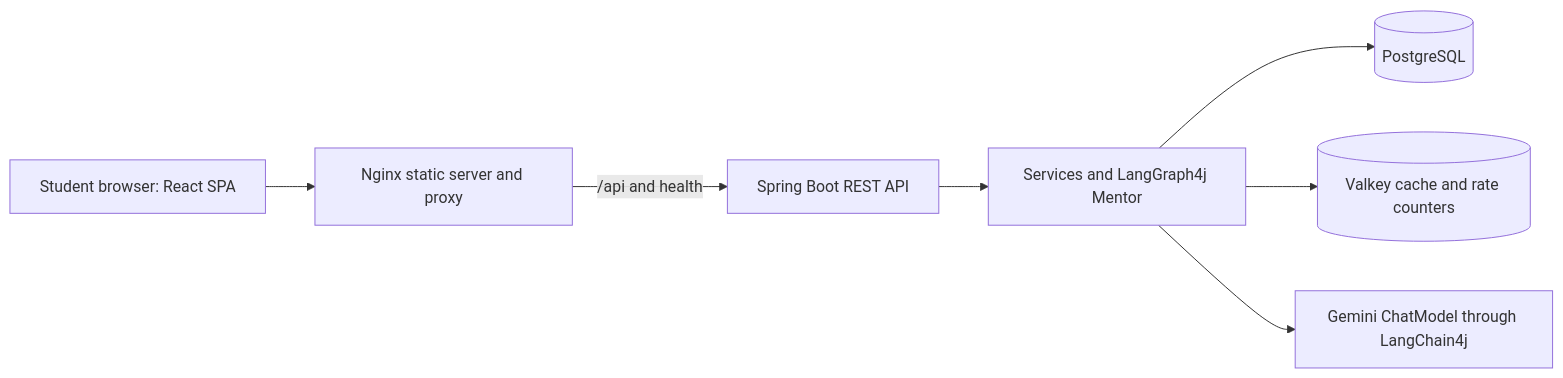
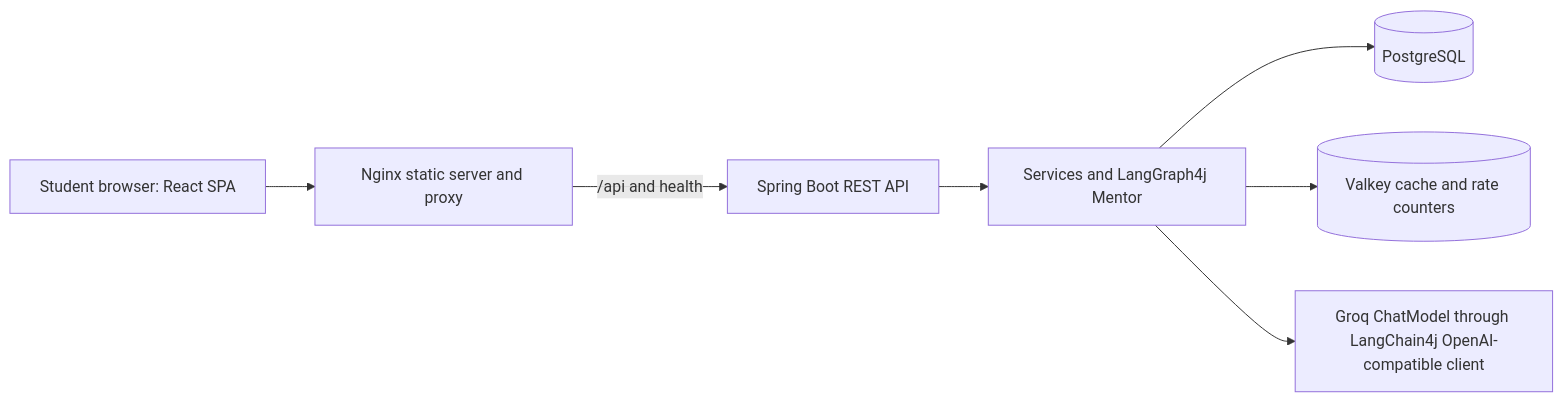
One commit to rajath88/edu-mentor changed the diagram in README.md. Above: the diagram before and after it, drawn with Mermaid. The commit also changed other lines of this file and 13 other files, not shown here.

Commit message:
Switch AI Mentor from Gemini to Groq

```diff
--- a/README.md
+++ b/README.md
@@ -33,9 +33,9 @@
 ~~~mermaid
 flowchart LR
   U[Student browser: React SPA] --> N[Nginx static server and proxy]
   N -->|/api and health| A[Spring Boot REST API]
   A --> S[Services and LangGraph4j Mentor]
   S --> P[(PostgreSQL)]
   S --> V[(Valkey cache and rate counters)]
-  S --> L[Gemini ChatModel through LangChain4j]
+  S --> L[Groq ChatModel through LangChain4j OpenAI-compatible client]
 ~~~
```
